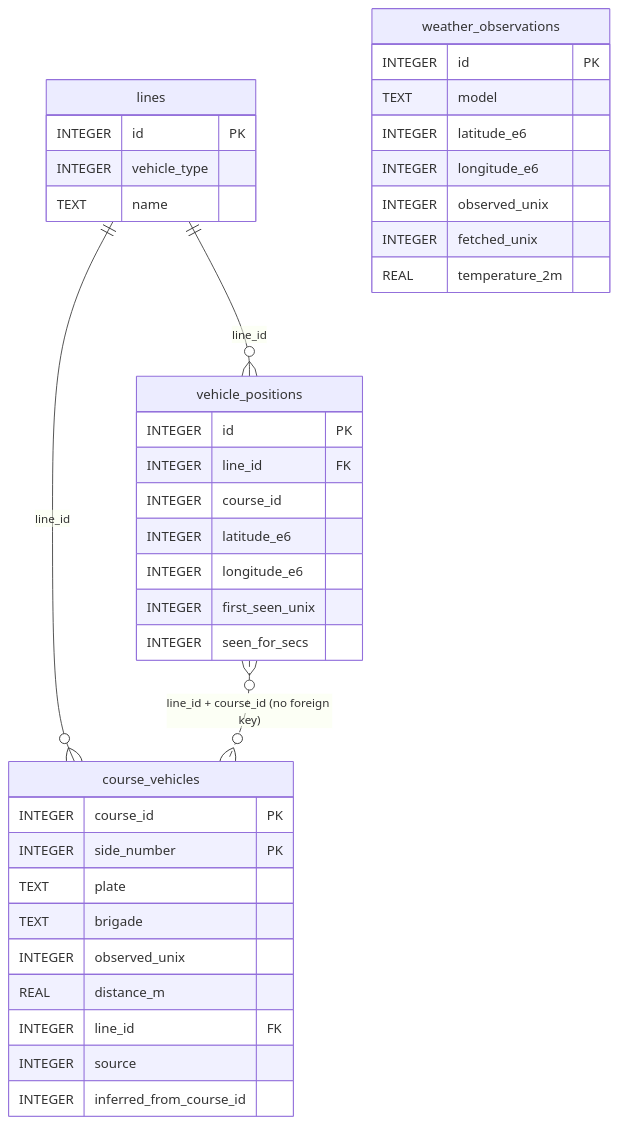
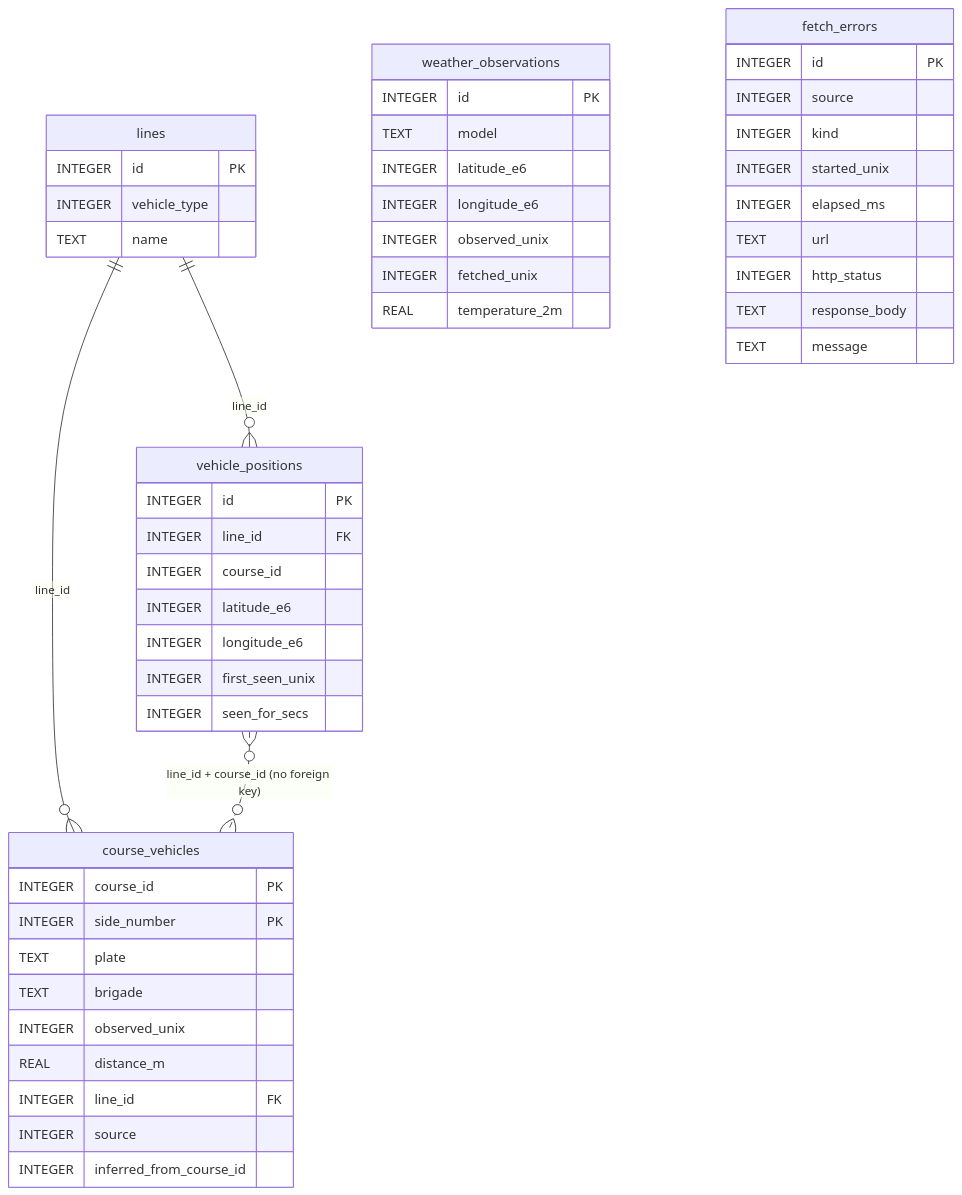
The diagram in docs/database.md (tumdum/mpk-history), drawn with Mermaid before and after one commit. The commit also changed other lines of this file and 15 other files, not shown here.

Commit message:
Store external source fetching errors in db

````diff
--- a/docs/database.md
+++ b/docs/database.md
@@ -49,40 +52,51 @@
 ```mermaid
 erDiagram
     lines ||--o{ vehicle_positions : "line_id"
     lines ||--o{ course_vehicles : "line_id"
     vehicle_positions }o..o{ course_vehicles : "line_id + course_id (no foreign key)"
     lines {
         INTEGER id PK
         INTEGER vehicle_type
         TEXT name
     }
     vehicle_positions {
         INTEGER id PK
         INTEGER line_id FK
         INTEGER course_id
         INTEGER latitude_e6
         INTEGER longitude_e6
         INTEGER first_seen_unix
         INTEGER seen_for_secs
     }
     course_vehicles {
         INTEGER course_id PK
         INTEGER side_number PK
         TEXT plate
         TEXT brigade
         INTEGER observed_unix
         REAL distance_m
         INTEGER line_id FK
         INTEGER source
         INTEGER inferred_from_course_id
     }
     weather_observations {
         INTEGER id PK
         TEXT model
         INTEGER latitude_e6
         INTEGER longitude_e6
         INTEGER observed_unix
         INTEGER fetched_unix
         REAL temperature_2m
     }
+    fetch_errors {
+        INTEGER id PK
+        INTEGER source
+        INTEGER kind
+        INTEGER started_unix
+        INTEGER elapsed_ms
+        TEXT url
+        INTEGER http_status
+        TEXT response_body
+        TEXT message
+    }
 ```
````
